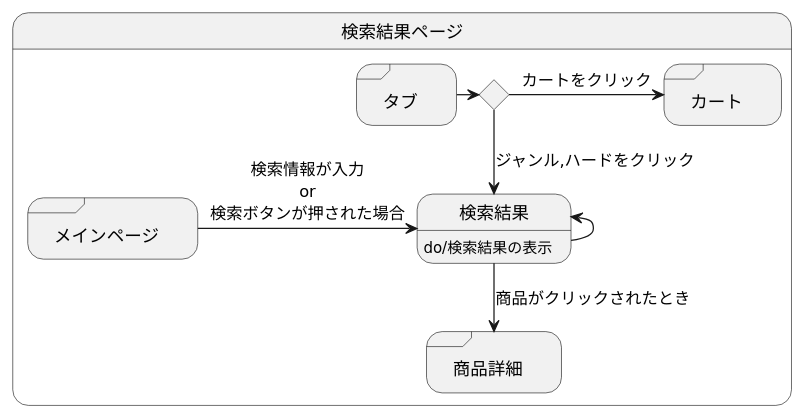
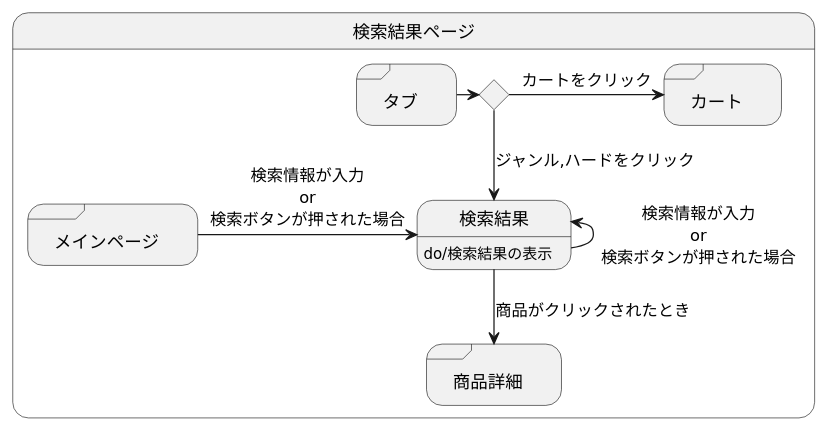
Before and after one commit to akutori/T-D-E: the diagram in 検索結果.md, drawn with PlantUML.

````diff
--- a/検索結果.md
+++ b/検索結果.md
@@ -1,21 +1,21 @@
 ```uml
 @startuml
 state 検索結果ページ{
 
     state ifinput <<choice>>
     state 検索結果:do/検索結果の表示
     state "商品詳細" as goodsdetail <<sdlreceive>>
     state "メインページ" as mainpage <<sdlreceive>>
     state "タブ" as tab <<sdlreceive>>
     state "カート" as cart <<sdlreceive>>
 
     mainpage -> 検索結果 :検索情報が入力\nor\n検索ボタンが押された場合
     検索結果 --> goodsdetail :商品がクリックされたとき
     tab -> ifinput 
     ifinput --> 検索結果 :ジャンル,ハードをクリック
     ifinput -> cart :カートをクリック
-    検索結果 -left-> 検索結果
+    検索結果 -left-> 検索結果 :検索情報が入力\nor\n検索ボタンが押された場合
 }
 
 @enduml
 ```
````
